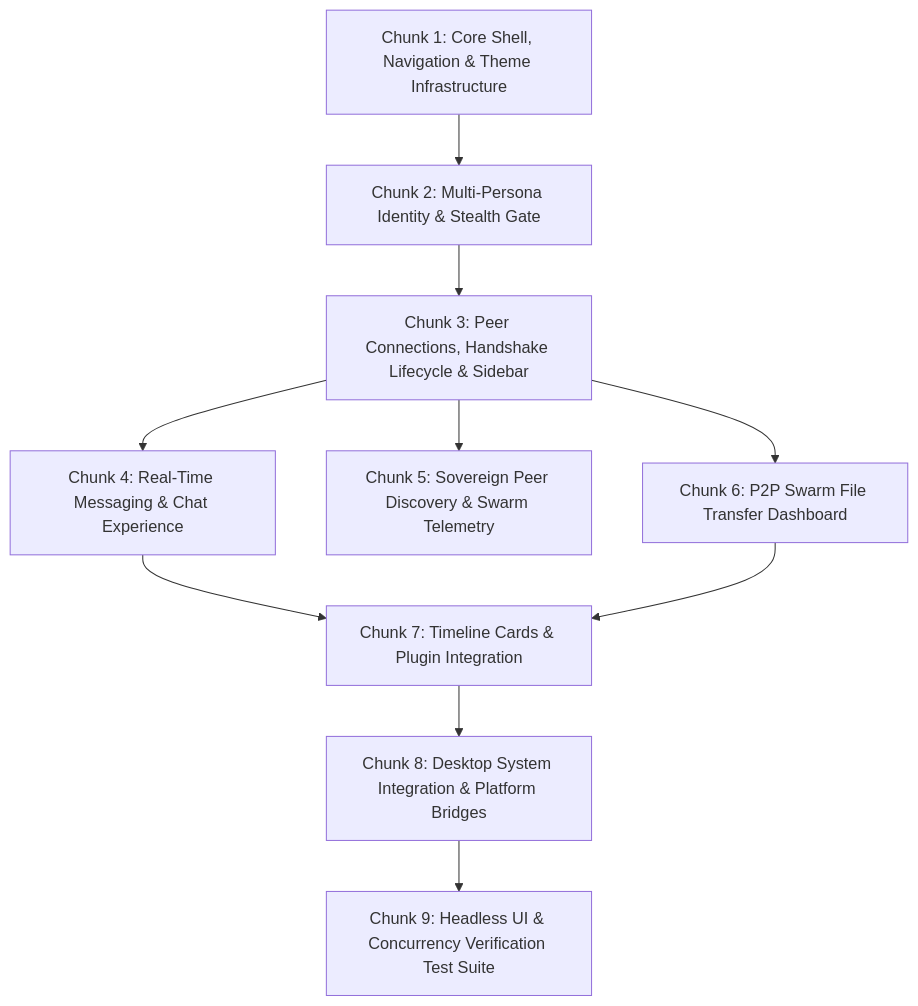
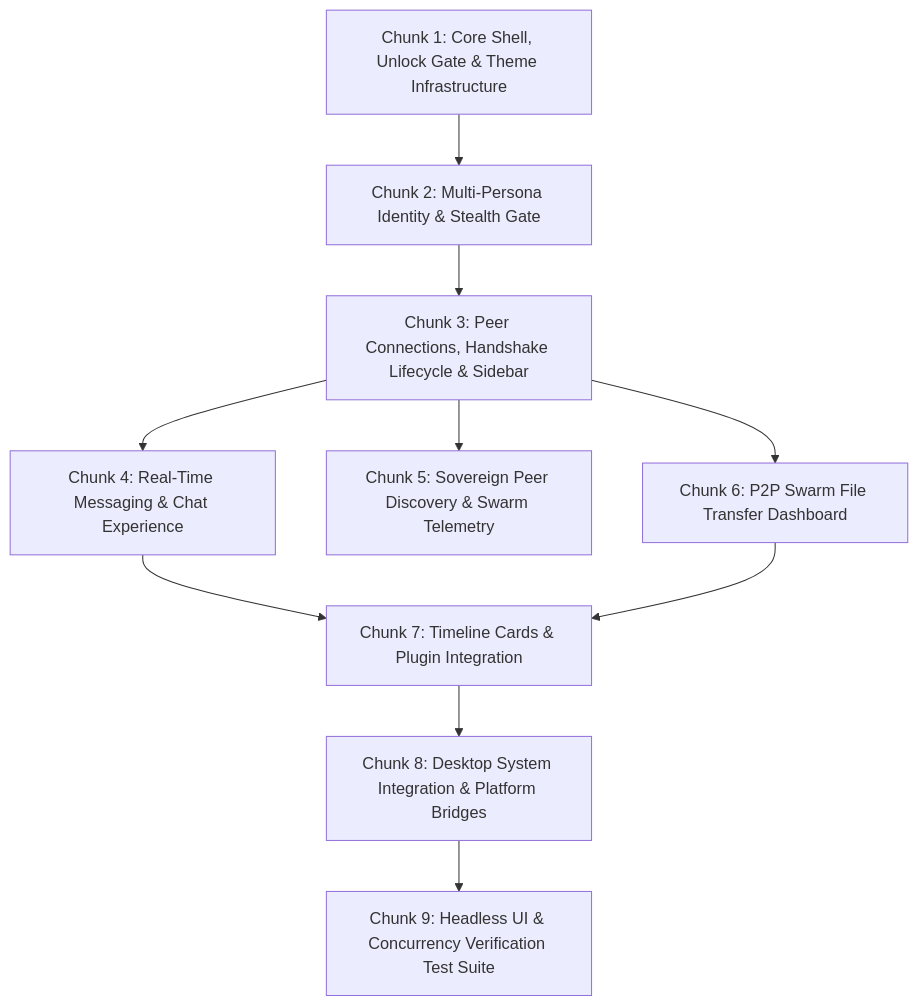
One commit to zerotwooneone/percolator changed the diagram in source/Percolator.Desktop/implementation-plan.md. Above: the diagram before and after it, drawn with Mermaid. The commit also changed other lines of this file and 3 other files, not shown here.

````diff
--- a/source/Percolator.Desktop/implementation-plan.md
+++ b/source/Percolator.Desktop/implementation-plan.md
@@ -124,12 +147,12 @@
 ```mermaid
 flowchart TD
-    C1["Chunk 1: Core Shell, Navigation & Theme Infrastructure"] --> C2["Chunk 2: Multi-Persona Identity & Stealth Gate"]
+    C1["Chunk 1: Core Shell, Unlock Gate & Theme Infrastructure"] --> C2["Chunk 2: Multi-Persona Identity & Stealth Gate"]
     C2 --> C3["Chunk 3: Peer Connections, Handshake Lifecycle & Sidebar"]
     C3 --> C4["Chunk 4: Real-Time Messaging & Chat Experience"]
     C3 --> C5["Chunk 5: Sovereign Peer Discovery & Swarm Telemetry"]
     C3 --> C6["Chunk 6: P2P Swarm File Transfer Dashboard"]
     C4 --> C7["Chunk 7: Timeline Cards & Plugin Integration"]
     C6 --> C7
     C7 --> C8["Chunk 8: Desktop System Integration & Platform Bridges"]
     C8 --> C9["Chunk 9: Headless UI & Concurrency Verification Test Suite"]
 ```
````
